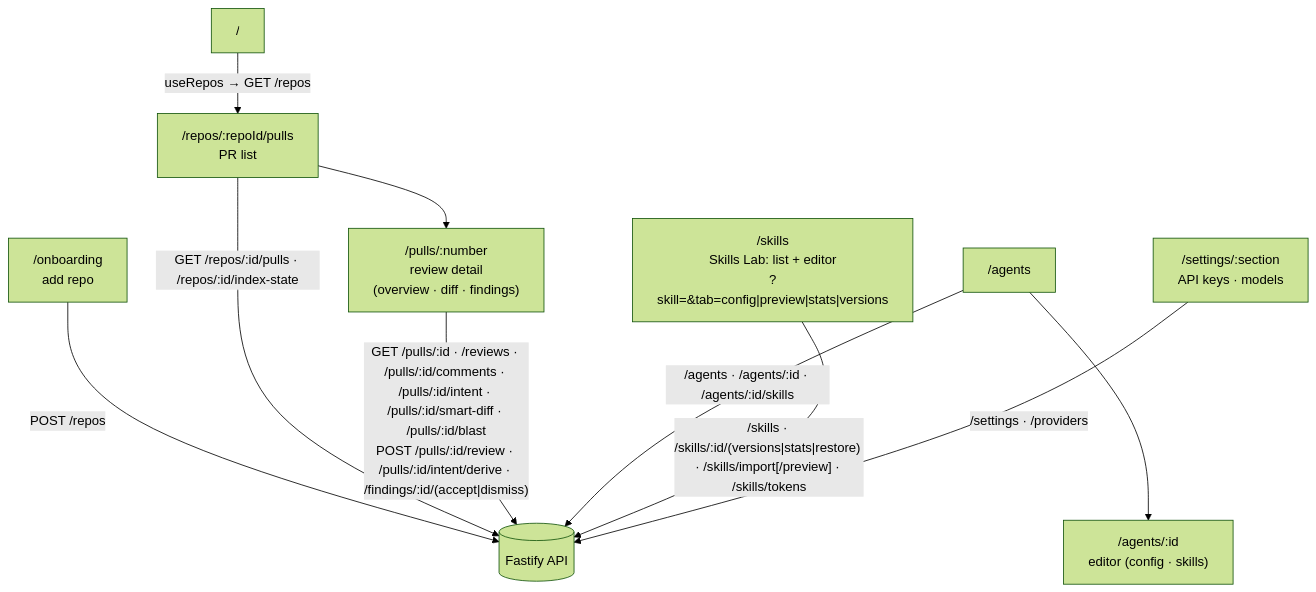
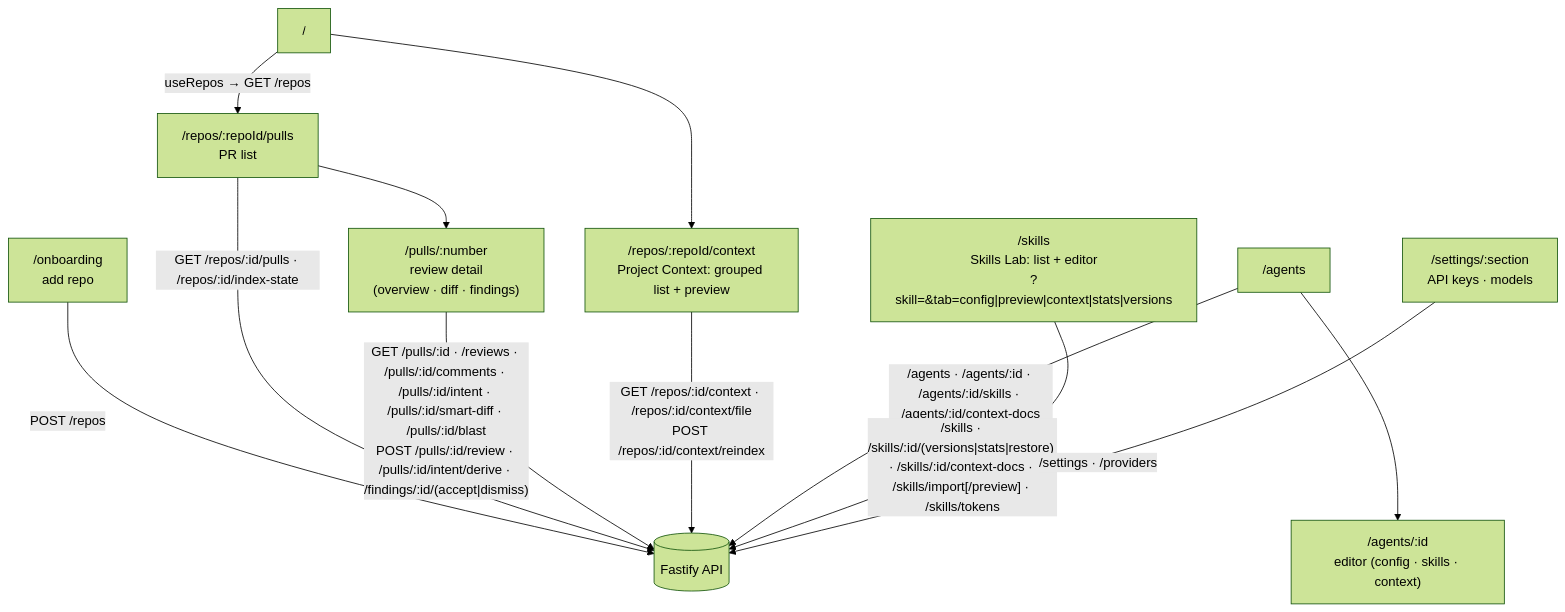
Before and after one commit to shofulk/dev-digest: the diagram in client/README.md, drawn with Mermaid (forest theme). The commit also changed 109 other files, not shown here.

First line of the commit message:
feat(project-context): attach repo docs to agents and skills, inject them into reviews

````diff
--- a/client/README.md
+++ b/client/README.md
@@ -24,16 +24,18 @@
 ```mermaid
 flowchart TD
   ROOT["/"] -->|"useRepos → GET /repos"| PULLS["/repos/:repoId/pulls<br/>PR list"]
   ONB["/onboarding<br/>add repo"] -->|"POST /repos"| API[("Fastify API")]
   PULLS --> PR["/pulls/:number<br/>review detail<br/>(overview · diff · findings)"]
+  ROOT --> CONTEXT["/repos/:repoId/context<br/>Project Context: grouped list + preview"]
 
-  AGENTS["/agents"] --> AGENT["/agents/:id<br/>editor (config · skills)"]
-  SKILLS["/skills<br/>Skills Lab: list + editor<br/>?skill=&tab=config|preview|stats|versions"]
+  AGENTS["/agents"] --> AGENT["/agents/:id<br/>editor (config · skills · context)"]
+  SKILLS["/skills<br/>Skills Lab: list + editor<br/>?skill=&tab=config|preview|context|stats|versions"]
   SETTINGS["/settings/:section<br/>API keys · models"]
 
   PULLS -->|"GET /repos/:id/pulls · /repos/:id/index-state"| API
   PR -->|"GET /pulls/:id · /reviews · /pulls/:id/comments · /pulls/:id/intent · /pulls/:id/smart-diff · /pulls/:id/blast<br/>POST /pulls/:id/review · /pulls/:id/intent/derive · /findings/:id/(accept|dismiss)"| API
-  AGENTS -->|"/agents · /agents/:id · /agents/:id/skills"| API
-  SKILLS -->|"/skills · /skills/:id/(versions|stats|restore) · /skills/import[/preview] · /skills/tokens"| API
+  CONTEXT -->|"GET /repos/:id/context · /repos/:id/context/file<br/>POST /repos/:id/context/reindex"| API
+  AGENTS -->|"/agents · /agents/:id · /agents/:id/skills · /agents/:id/context-docs"| API
+  SKILLS -->|"/skills · /skills/:id/(versions|stats|restore) · /skills/:id/context-docs · /skills/import[/preview] · /skills/tokens"| API
   SETTINGS -->|"/settings · /providers"| API
 ```
````
